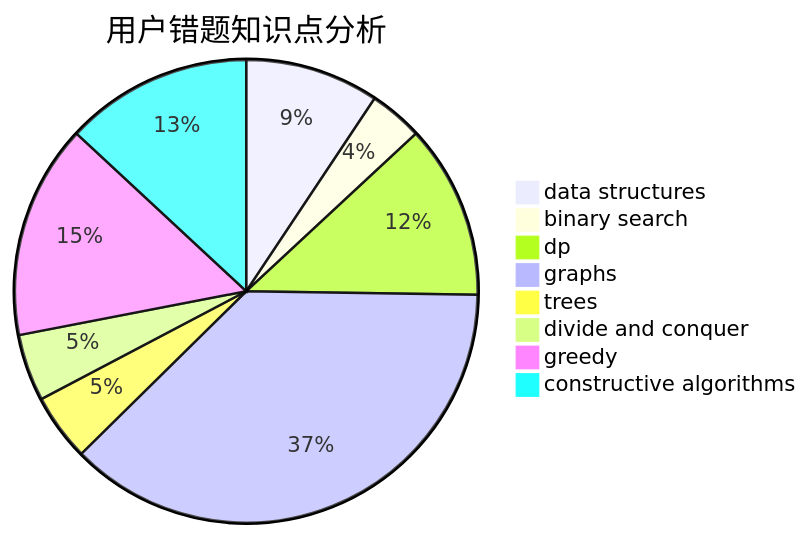
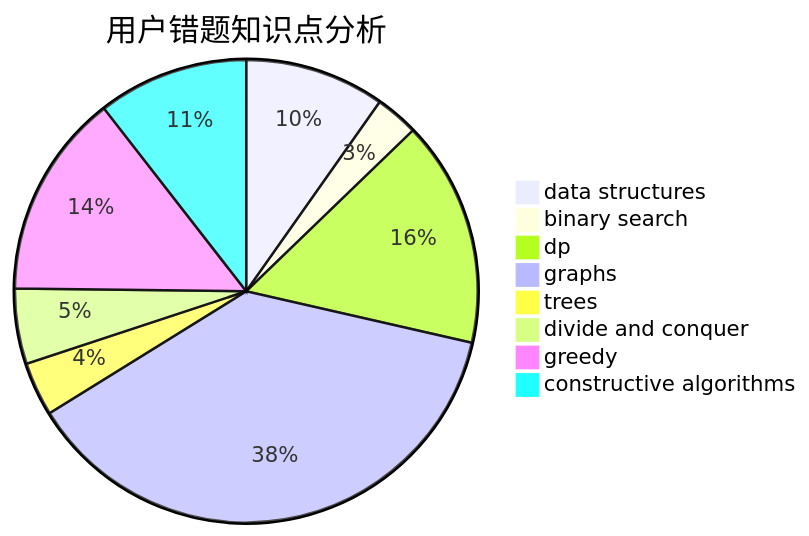
The third of 3 diagrams in docs/user/u543.md (sherpahu/cfrs.github.io), drawn with Mermaid before and after one commit. The commit also changed other lines of this file and 2770 other files, not shown here.

````diff
--- a/docs/user/u543.md
+++ b/docs/user/u543.md
@@ -36,11 +36,11 @@
 ```mermaid
 pie title 用户错题知识点分析
-    "data structures" :  10
+    "data structures" :  13
     "binary search" :  4
-    "dp" :  13
-    "graphs" :  40
+    "dp" :  21
+    "graphs" :  50
     "trees" :  5
-    "divide and conquer" :  5
-    "greedy" :  16
+    "divide and conquer" :  7
+    "greedy" :  19
     "constructive algorithms" :  14
 ```
````
